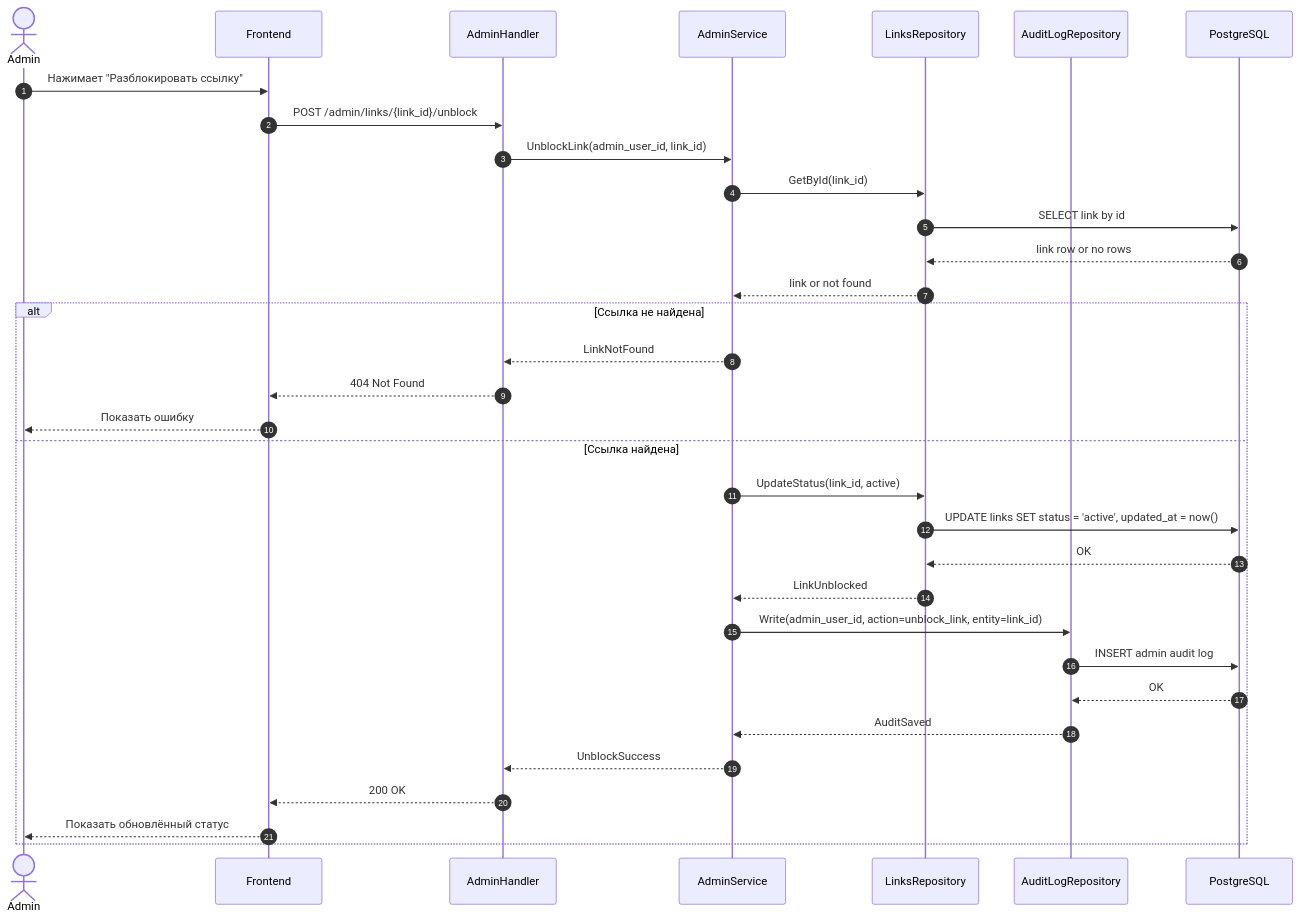
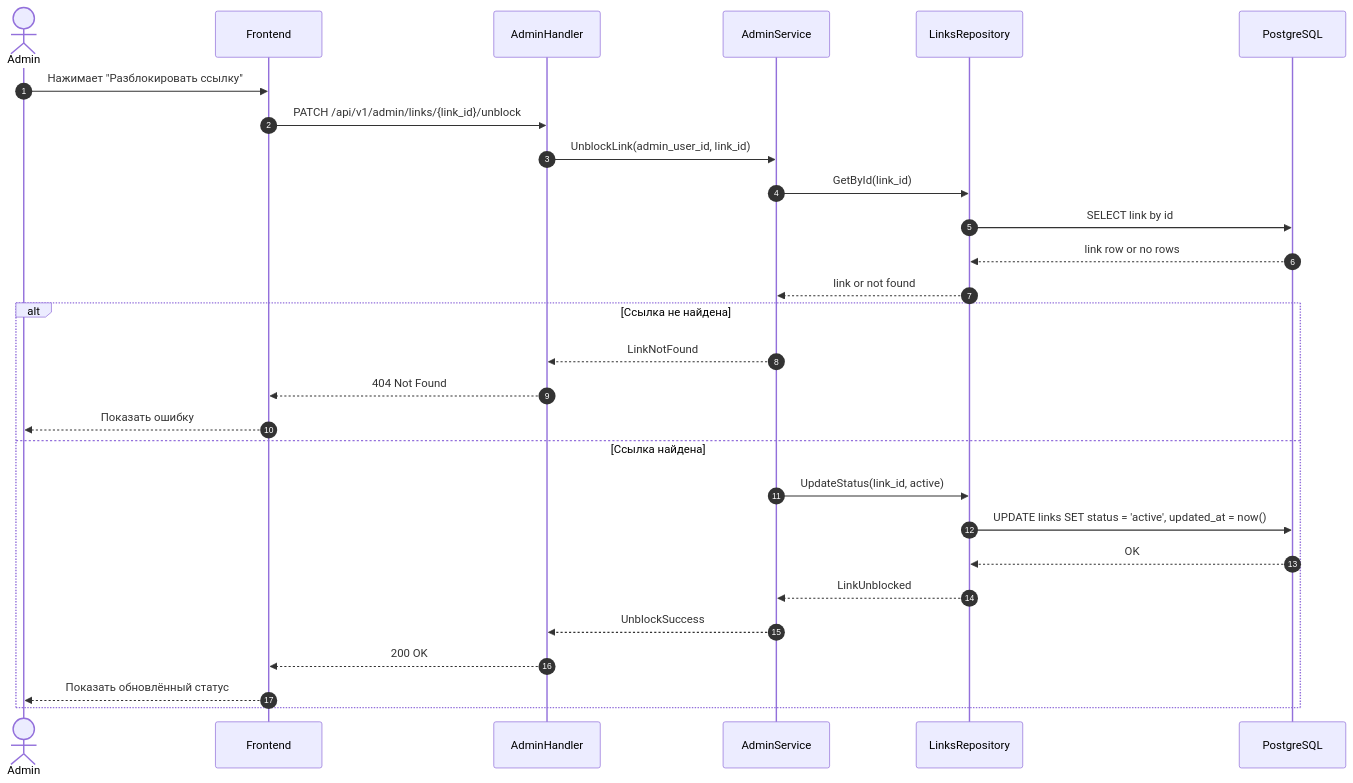
Before and after one commit to k3llone/TrackLink: the diagram in docs/Sequence/SD-30.md, drawn with Mermaid. The commit also changed 33 other files, not shown here.

````diff
--- a/docs/Sequence/SD-30.md
+++ b/docs/Sequence/SD-30.md
@@ -3,42 +3,36 @@
 ```mermaid
 sequenceDiagram
     autonumber
 
     actor Admin
     participant FE as Frontend
     participant ADH as AdminHandler
     participant ADS as AdminService
     participant LR as LinksRepository
-    participant AL as AuditLogRepository
     participant DB as PostgreSQL
 
     Admin->>FE: Нажимает "Разблокировать ссылку"
-    FE->>ADH: POST /admin/links/{link_id}/unblock
+    FE->>ADH: PATCH /api/v1/admin/links/{link_id}/unblock
 
     ADH->>ADS: UnblockLink(admin_user_id, link_id)
 
     ADS->>LR: GetById(link_id)
     LR->>DB: SELECT link by id
     DB-->>LR: link row or no rows
     LR-->>ADS: link or not found
 
     alt Ссылка не найдена
         ADS-->>ADH: LinkNotFound
         ADH-->>FE: 404 Not Found
         FE-->>Admin: Показать ошибку
     else Ссылка найдена
         ADS->>LR: UpdateStatus(link_id, active)
         LR->>DB: UPDATE links SET status = 'active', updated_at = now()
         DB-->>LR: OK
         LR-->>ADS: LinkUnblocked
 
-        ADS->>AL: Write(admin_user_id, action=unblock_link, entity=link_id)
-        AL->>DB: INSERT admin audit log
-        DB-->>AL: OK
-        AL-->>ADS: AuditSaved
-
         ADS-->>ADH: UnblockSuccess
         ADH-->>FE: 200 OK
         FE-->>Admin: Показать обновлённый статус
     end
 ```
````
